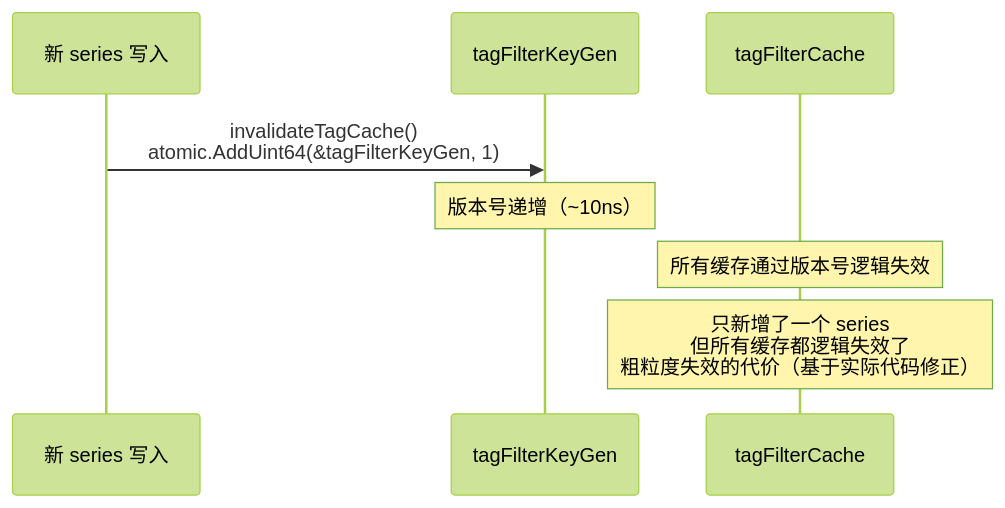
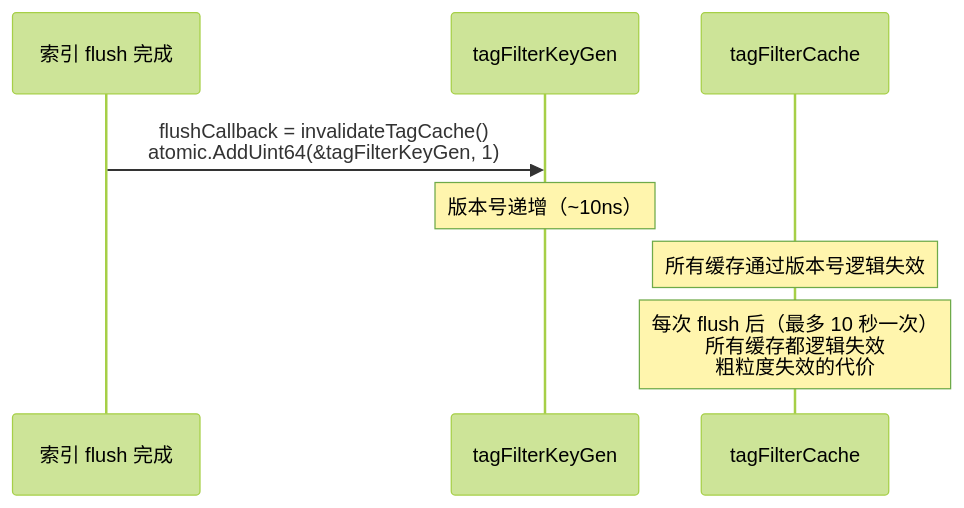
One commit to stefanv5/openGemini changed diagram 38 of 47 in docs/specs/02_index_system_spec.md. Above: the diagram before and after it, drawn with Mermaid (forest theme). The commit also changed other lines of this file and 37 other files, not shown here.

````diff
--- a/docs/specs/02_index_system_spec.md
+++ b/docs/specs/02_index_system_spec.md
@@ -3335,12 +3426,12 @@
 ```mermaid
 sequenceDiagram
-    participant New as 新 series 写入
+    participant Flush as 索引 flush 完成
     participant Gen as tagFilterKeyGen
     participant Cache as tagFilterCache
 
-    New->>Gen: invalidateTagCache()<br/>atomic.AddUint64(&tagFilterKeyGen, 1)
+    Flush->>Gen: flushCallback = invalidateTagCache()<br/>atomic.AddUint64(&tagFilterKeyGen, 1)
     Note over Gen: 版本号递增（~10ns）
     Note over Cache: 所有缓存通过版本号逻辑失效
 
-    Note over Cache: 只新增了一个 series<br/>但所有缓存都逻辑失效了<br/>粗粒度失效的代价（基于实际代码修正）
+    Note over Cache: 每次 flush 后（最多 10 秒一次）<br/>所有缓存都逻辑失效<br/>粗粒度失效的代价
 ```
````
